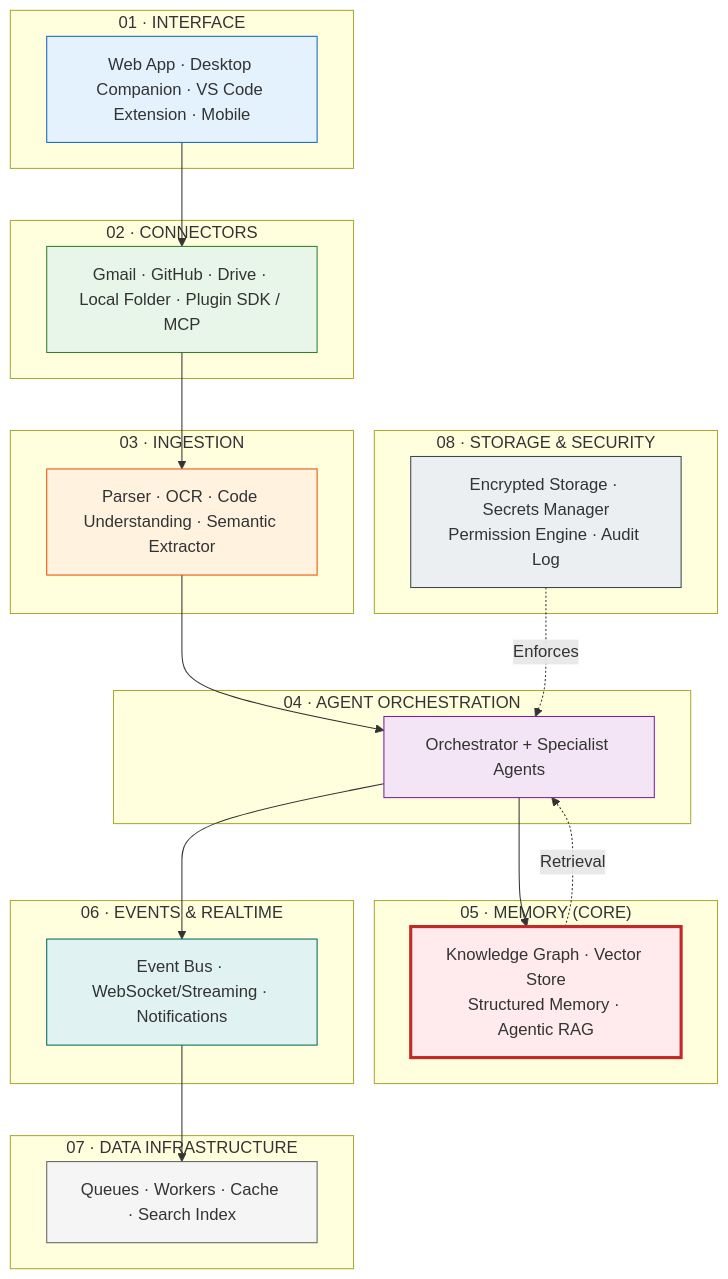
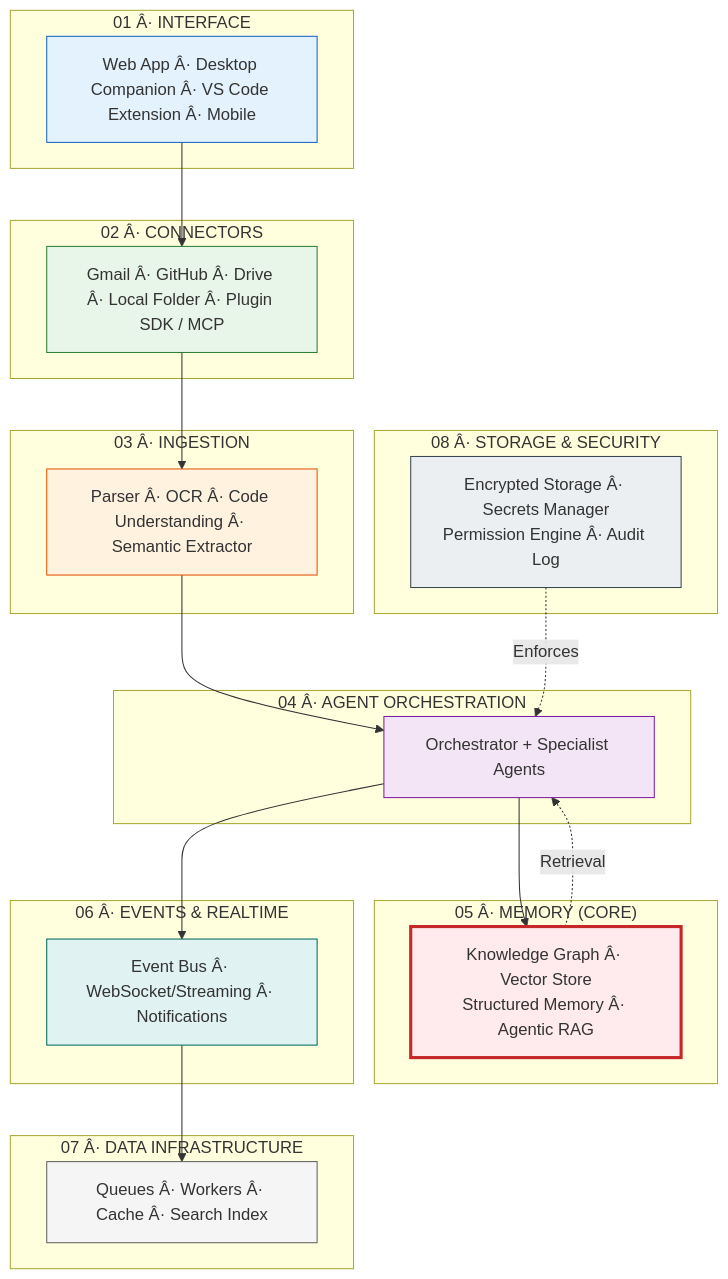
One commit to Driftloom/Vaeloom changed the diagram in Docs/Architecture/README.md. Above: the diagram before and after it, drawn with Mermaid. The commit also changed other lines of this file and 249 other files, not shown here.

````diff
--- a/Docs/Architecture/README.md
+++ b/Docs/Architecture/README.md
@@ -27,54 +27,54 @@
 ```mermaid
 graph TD
-    subgraph Layer01["01 · INTERFACE"]
-        L01["Web App · Desktop Companion · VS Code Extension · Mobile"]
+    subgraph Layer01["01 Â· INTERFACE"]
+        L01["Web App Â· Desktop Companion Â· VS Code Extension Â· Mobile"]
     end
-    subgraph Layer02["02 · CONNECTORS"]
-        L02["Gmail · GitHub · Drive · Local Folder · Plugin SDK / MCP"]
+    subgraph Layer02["02 Â· CONNECTORS"]
+        L02["Gmail Â· GitHub Â· Drive Â· Local Folder Â· Plugin SDK / MCP"]
     end
-    subgraph Layer03["03 · INGESTION"]
-        L03["Parser · OCR · Code Understanding · Semantic Extractor"]
+    subgraph Layer03["03 Â· INGESTION"]
+        L03["Parser Â· OCR Â· Code Understanding Â· Semantic Extractor"]
     end
-    subgraph Layer04["04 · AGENT ORCHESTRATION"]
+    subgraph Layer04["04 Â· AGENT ORCHESTRATION"]
         L04["Orchestrator + Specialist Agents"]
     end
-    subgraph Layer05["05 · MEMORY (CORE)"]
-        L05["Knowledge Graph · Vector Store<br/>Structured Memory · Agentic RAG"]
+    subgraph Layer05["05 Â· MEMORY (CORE)"]
+        L05["Knowledge Graph Â· Vector Store<br/>Structured Memory Â· Agentic RAG"]
     end
-    subgraph Layer06["06 · EVENTS & REALTIME"]
-        L06["Event Bus · WebSocket/Streaming · Notifications"]
+    subgraph Layer06["06 Â· EVENTS & REALTIME"]
+        L06["Event Bus Â· WebSocket/Streaming Â· Notifications"]
     end
-    subgraph Layer07["07 · DATA INFRASTRUCTURE"]
-        L07["Queues · Workers · Cache · Search Index"]
+    subgraph Layer07["07 Â· DATA INFRASTRUCTURE"]
+        L07["Queues Â· Workers Â· Cache Â· Search Index"]
     end
-    subgraph Layer08["08 · STORAGE & SECURITY"]
-        L08["Encrypted Storage · Secrets Manager<br/>Permission Engine · Audit Log"]
+    subgraph Layer08["08 Â· STORAGE & SECURITY"]
+        L08["Encrypted Storage Â· Secrets Manager<br/>Permission Engine Â· Audit Log"]
     end
 
     L01 --> L02
     L02 --> L03
     L03 --> L04
     L04 --> L05
     L05 -.->|Retrieval| L04
     L04 --> L06
     L06 --> L07
     L08 -.->|Enforces| L04
 
     classDef layer1 fill:#e3f2fd,stroke:#1565c0
     classDef layer2 fill:#e8f5e9,stroke:#2e7d32
     classDef layer3 fill:#fff3e0,stroke:#e65100
     classDef layer4 fill:#f3e5f5,stroke:#7b1fa2
     classDef layer5 fill:#ffebee,stroke:#c62828,stroke-width:3px
     classDef layer6 fill:#e0f2f1,stroke:#00695c
     classDef layer7 fill:#f5f5f5,stroke:#616161
     classDef layer8 fill:#eceff1,stroke:#37474f
 
     class L01 layer1
     class L02 layer2
     class L03 layer3
     class L04 layer4
     class L05 layer5
     class L06 layer6
     class L07 layer7
     class L08 layer8
 ```
````
